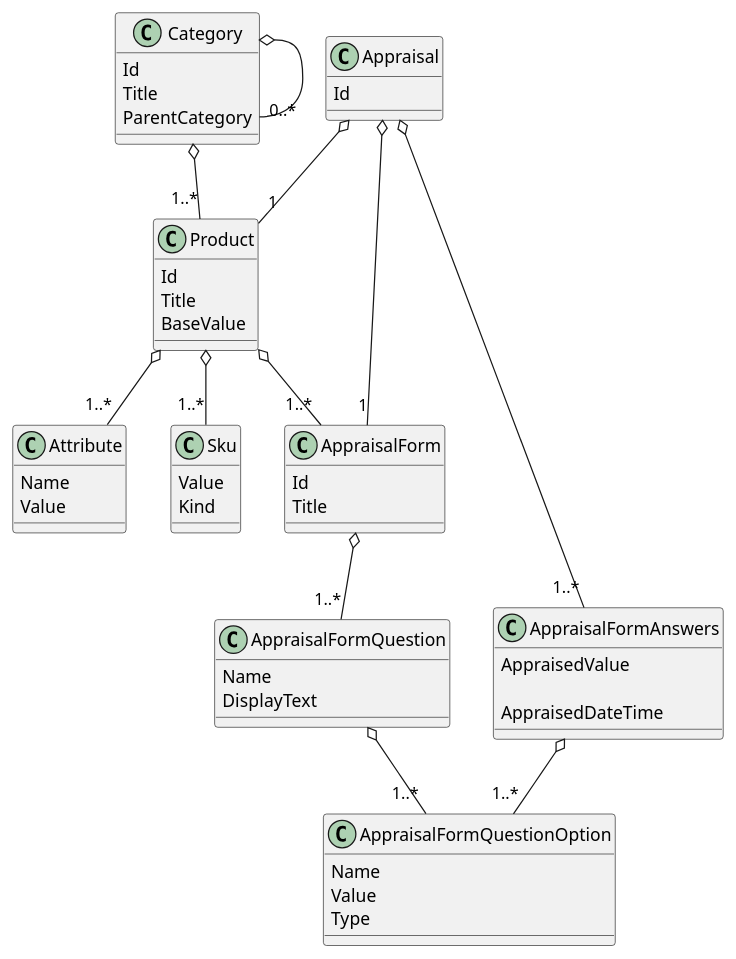
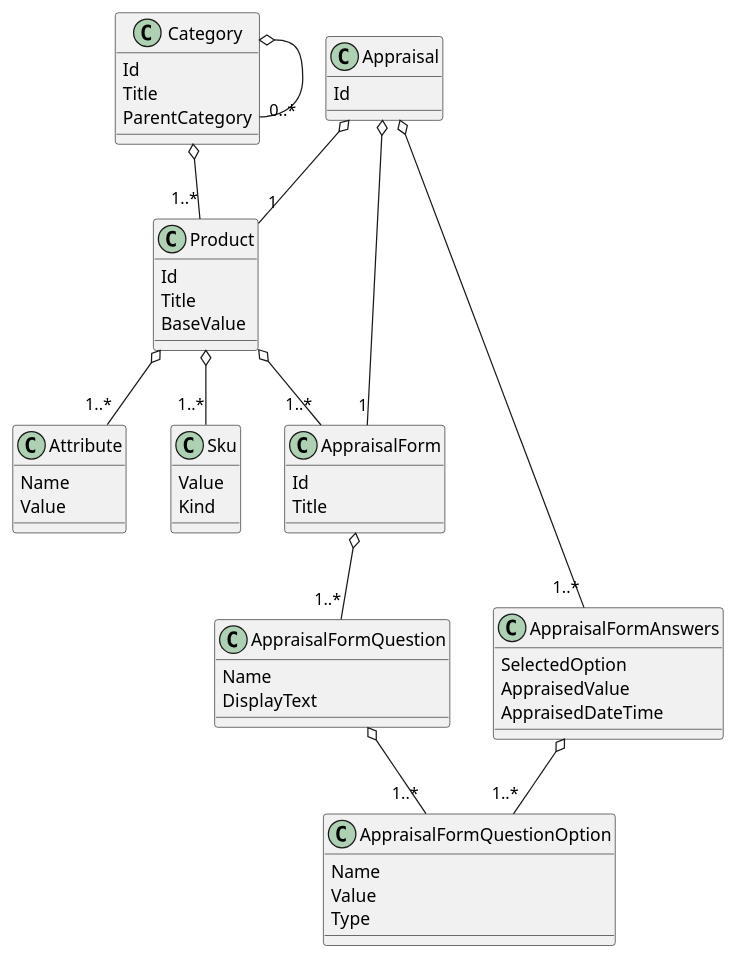
The diagram in Appraisal.Shared/Models/diagrams/All.puml (dalcantara/AppraisalPOC), drawn with PlantUML before and after one commit. The commit also changed 3 other files, not shown here.

```diff
--- a/Appraisal.Shared/Models/diagrams/All.puml
+++ b/Appraisal.Shared/Models/diagrams/All.puml
@@ -2,67 +2,67 @@
 @startuml
 
 'Appraisal Domain Model
 
 Appraisal o--"1"Product
 Appraisal o--"1"AppraisalForm
 Appraisal o--"1..*"AppraisalFormAnswers
 AppraisalFormAnswers o--"1..*"AppraisalFormQuestionOption
 Category o--"0..*"Category
 Category o--"1..*"Product
 Product o--"1..*"Sku
 Product o--"1..*"AppraisalForm
 Product o--"1..*"Attribute
 AppraisalForm o--"1..*"AppraisalFormQuestion
 AppraisalFormQuestion o--"1..*"AppraisalFormQuestionOption
 
 class Appraisal
 {
     Id
- }
+}
 class AppraisalFormAnswers    
 {
+    SelectedOption
     AppraisedValue 
-    
     AppraisedDateTime 
 }
 
 class Category {
     Id
     Title
     ParentCategory
 }
 class Product
 {
     Id
     Title
     BaseValue
 }
 class Sku
 {
     Value
     Kind
 }
 class Attribute
 {
     Name
     Value
 }
 class AppraisalForm
 {
     Id
     Title
  }
 
 class AppraisalFormQuestion
 {
     Name
     DisplayText
 }
 
 class AppraisalFormQuestionOption
 {
   Name
   Value
   Type
 }
 @enduml
```
